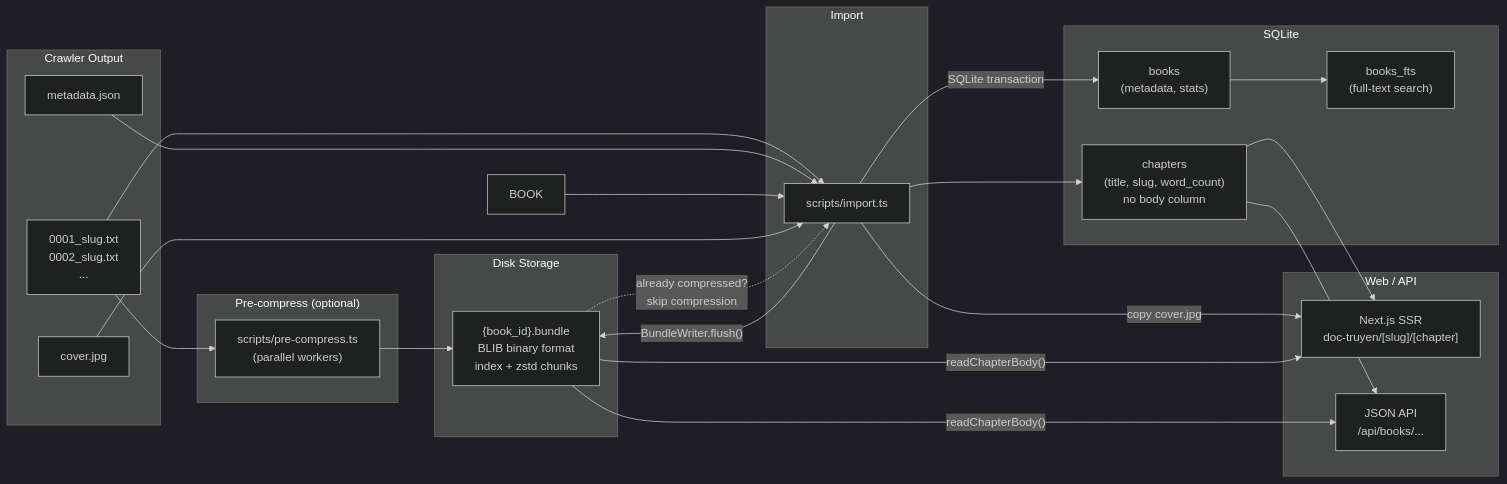
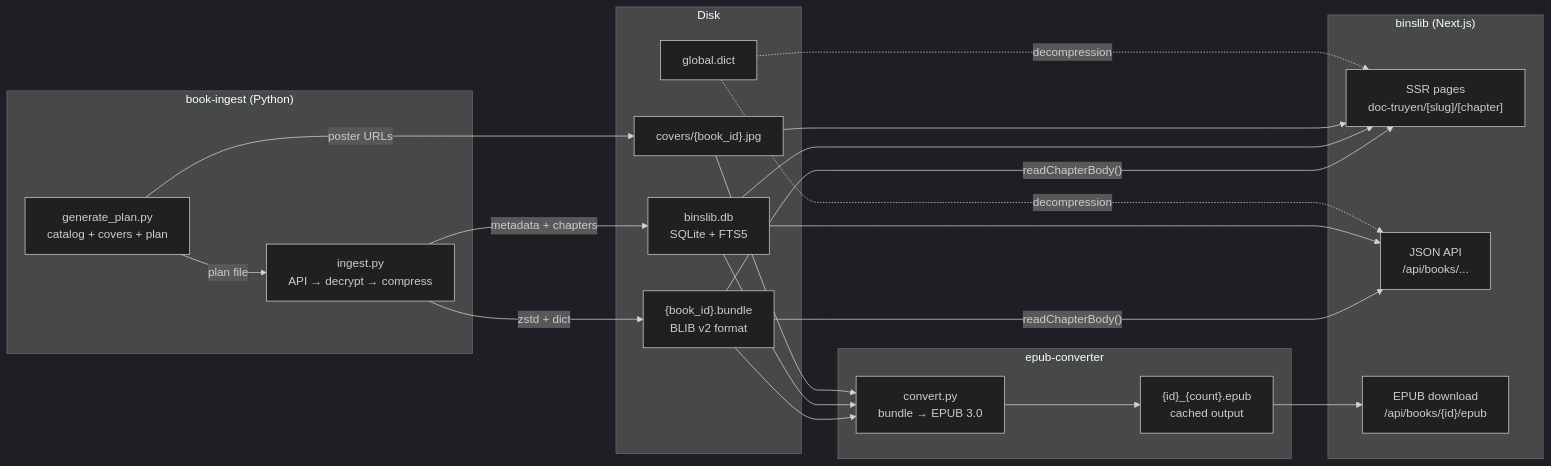
The diagram in binslib/README.md (quocanh1897/books-crawler), drawn with Mermaid (dark theme) before and after one commit. The commit also changed other lines of this file and 3 other files, not shown here.

````diff
--- a/binslib/README.md
+++ b/binslib/README.md
@@ -24,48 +35,43 @@
 ```mermaid
 flowchart LR
-  subgraph Crawler["Crawler Output"]
-    TXT["0001_slug.txt\n0002_slug.txt\n..."]
-    META["metadata.json"]
-    COVER["cover.jpg"]
+  subgraph Ingest["book-ingest (Python)"]
+    GP["generate_plan.py<br/>catalog + covers + plan"]
+    IG["ingest.py<br/>API → decrypt → compress"]
   end
 
-  subgraph PreCompress["Pre-compress (optional)"]
-    PC["scripts/pre-compress.ts\n(parallel workers)"]
+  subgraph Storage["Disk"]
+    BUNDLE["{book_id}.bundle<br/>BLIB v2 format"]
+    DB["binslib.db<br/>SQLite + FTS5"]
+    COVERS["covers/{book_id}.jpg"]
+    DICT["global.dict"]
   end
 
-  subgraph Import["Import"]
-    IMP["scripts/import.ts"]
+  subgraph EPUB["epub-converter"]
+    CVT["convert.py<br/>bundle → EPUB 3.0"]
+    CACHE["{id}_{count}.epub<br/>cached output"]
   end
 
-  subgraph Storage["Disk Storage"]
-    BUNDLE["{book_id}.bundle\nBLIB binary format\nindex + zstd chunks"]
+  subgraph Web["binslib (Next.js)"]
+    SSR["SSR pages<br/>doc-truyen/[slug]/[chapter]"]
+    API["JSON API<br/>/api/books/..."]
+    DL["EPUB download<br/>/api/books/{id}/epub"]
   end
 
-  subgraph DB["SQLite"]
-    BOOKS["books\n(metadata, stats)"]
-    CHAPS["chapters\n(title, slug, word_count)\nno body column"]
-    FTS["books_fts\n(full-text search)"]
-  end
-
-  subgraph Web["Web / API"]
-    SSR["Next.js SSR\ndoc-truyen/[slug]/[chapter]"]
-    API["JSON API\n/api/books/..."]
-  end
-
-  TXT --> PC --> BUNDLE
-  TXT --> IMP
-  META --> IMP
-  BOOK --> IMP
-  COVER --> IMP
-  BUNDLE -.->|"already compressed?\nskip compression"| IMP
-  IMP -->|"BundleWriter.flush()"| BUNDLE
-  IMP -->|"SQLite transaction"| BOOKS
-  IMP --> CHAPS
-  IMP -->|"copy cover.jpg"| SSR
+  GP -->|"plan file"| IG
+  GP -->|"poster URLs"| COVERS
+  IG -->|"zstd + dict"| BUNDLE
+  IG -->|"metadata + chapters"| DB
 
   BUNDLE -->|"readChapterBody()"| SSR
   BUNDLE -->|"readChapterBody()"| API
-  CHAPS --> SSR
-  CHAPS --> API
-  BOOKS --> FTS
+  BUNDLE --> CVT
+  DB --> SSR
+  DB --> API
+  DB --> CVT
+  COVERS --> SSR
+  COVERS --> CVT
+  CVT --> CACHE
+  CACHE --> DL
+  DICT -.->|"decompression"| SSR
+  DICT -.->|"decompression"| API
 ```
````
